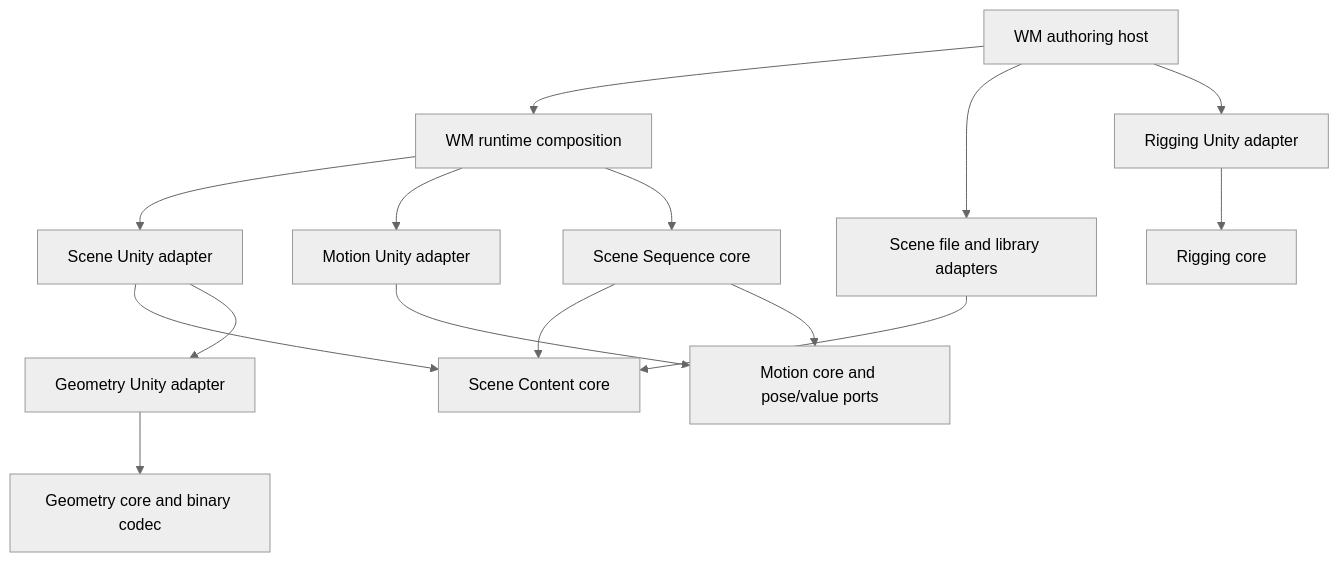
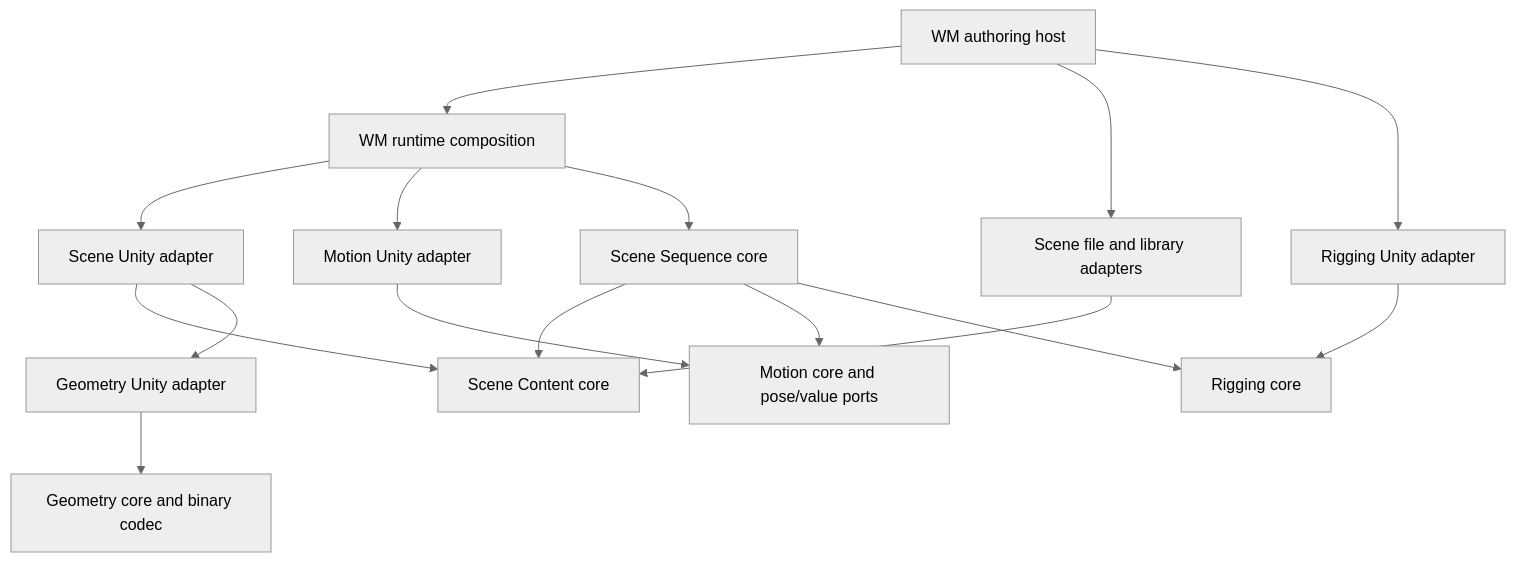
One commit to mascari4615/Witch-Mendokusai changed the diagram in Documentation/ContentArchitecture.md. Above: the diagram before and after it, drawn with Mermaid (neutral theme). The commit also changed other lines of this file and 32 other files, not shown here.

Commit message:
feat(sequence): preserve limb goals through motion and playback

````diff
--- a/Documentation/ContentArchitecture.md
+++ b/Documentation/ContentArchitecture.md
@@ -5,17 +5,18 @@
 ```mermaid
 flowchart TD
     Editor[WM authoring host] --> Runtime[WM runtime composition]
     Editor --> Storage[Scene file and library adapters]
     Runtime --> SceneUnity[Scene Unity adapter]
     Runtime --> MotionUnity[Motion Unity adapter]
     Runtime --> SequenceCore[Scene Sequence core]
     SequenceCore --> SceneCore
     SequenceCore --> MotionCore
+    SequenceCore --> RigCore
     Editor --> RigUnity[Rigging Unity adapter]
     SceneUnity --> SceneCore[Scene Content core]
     SceneUnity --> GeometryUnity[Geometry Unity adapter]
     GeometryUnity --> GeometryCore[Geometry core and binary codec]
     MotionUnity --> MotionCore[Motion core and pose/value ports]
     RigUnity --> RigCore[Rigging core]
     Storage --> SceneCore
 ```
````
